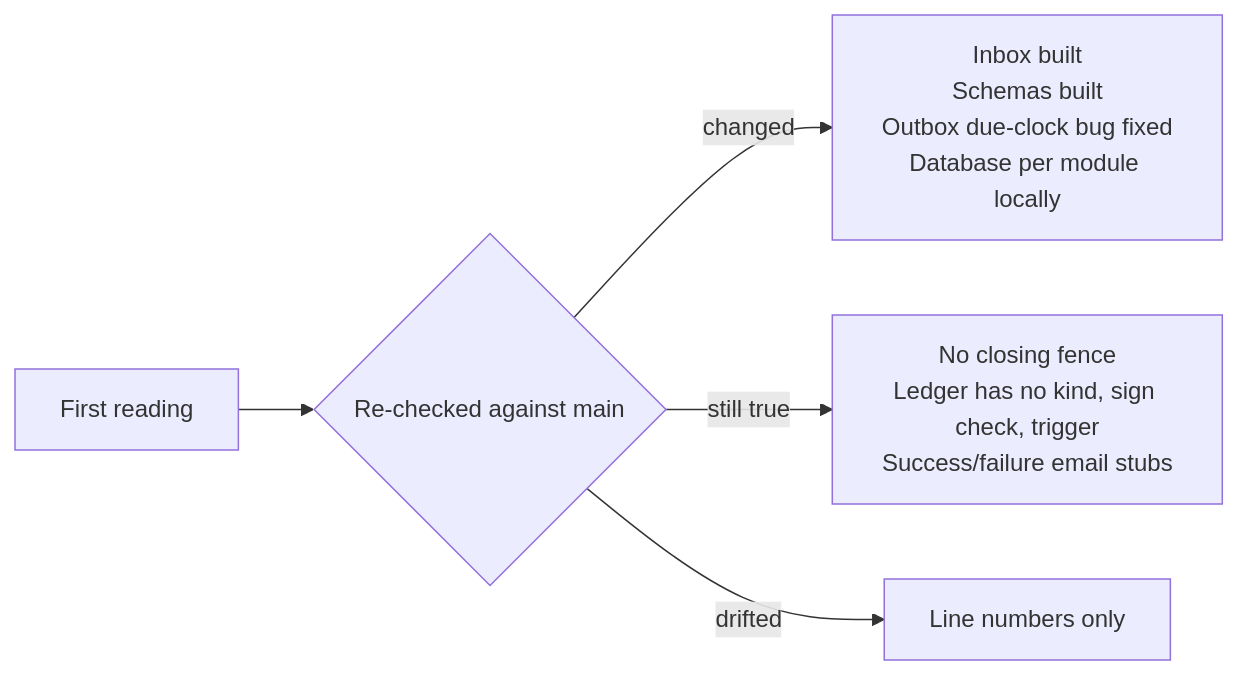
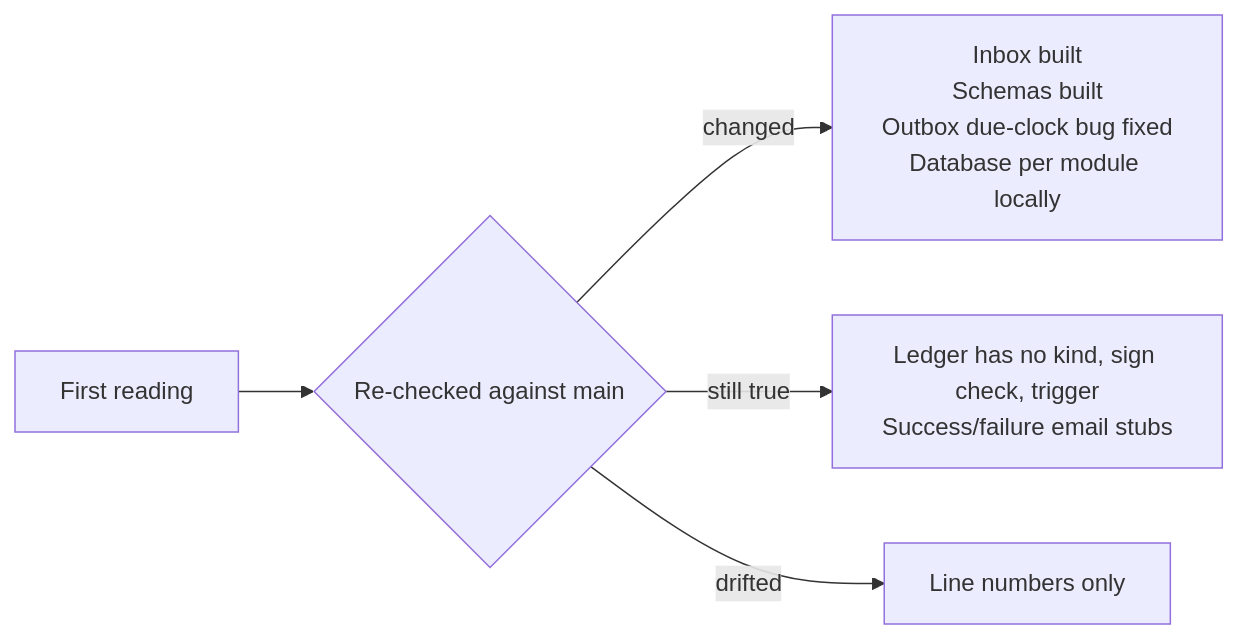
The fourth of 4 diagrams in educational/03-engineering-spec-and-roadmap/design-to-code-mapping-round1.md (maysamgamini/crowdfundinghub), drawn with Mermaid before and after one commit. The commit also changed other lines of this file and 21 other files, not shown here.

````diff
--- a/educational/03-engineering-spec-and-roadmap/design-to-code-mapping-round1.md
+++ b/educational/03-engineering-spec-and-roadmap/design-to-code-mapping-round1.md
@@ -169,7 +171,7 @@
 ```mermaid
 flowchart LR
     A["First reading"] --> B{"Re-checked against main"}
     B -->|changed| C["Inbox built<br/>Schemas built<br/>Outbox due-clock bug fixed<br/>Database per module locally"]
-    B -->|still true| D["No closing fence<br/>Ledger has no kind, sign check, trigger<br/>Success/failure email stubs"]
+    B -->|still true| D["Ledger has no kind, sign check, trigger<br/>Success/failure email stubs"]
     B -->|drifted| E["Line numbers only"]
 ```
````
